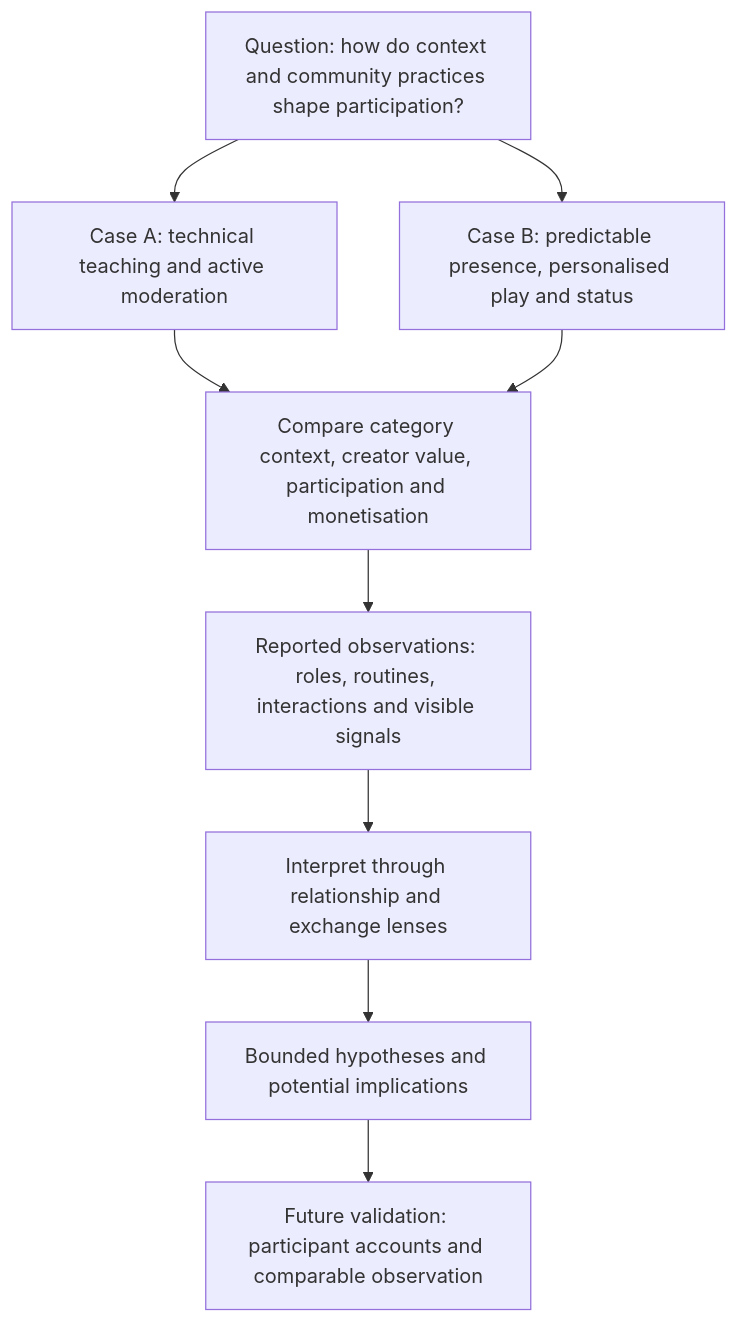
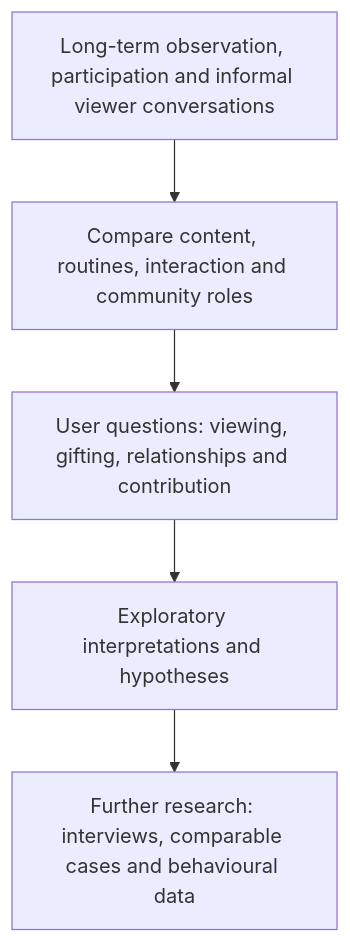
Before and after one commit to 7776870613/gaming-livestream-community-research: the diagram in research/RESEARCH_PROCESS.md, drawn with Mermaid. The commit also changed other lines of this file, not shown here.

Commit message:
Align English portfolio with user-centred exploratory research

````diff
--- a/research/RESEARCH_PROCESS.md
+++ b/research/RESEARCH_PROCESS.md
@@ -56,12 +48,7 @@
 ```mermaid
 flowchart TD
-    Q["Question: how do context and community practices shape participation?"]
-    Q --> A["Case A: technical teaching and active moderation"]
-    Q --> B["Case B: predictable presence, personalised play and status"]
-    A --> C["Compare category context, creator value, participation and monetisation"]
-    B --> C
-    C --> O["Reported observations: roles, routines, interactions and visible signals"]
-    O --> I["Interpret through relationship and exchange lenses"]
-    I --> H["Bounded hypotheses and potential implications"]
-    H --> V["Future validation: participant accounts and comparable observation"]
+    A["Long-term observation, participation and informal viewer conversations"] --> B["Compare content, routines, interaction and community roles"]
+    B --> C["User questions: viewing, gifting, relationships and contribution"]
+    C --> D["Exploratory interpretations and hypotheses"]
+    D --> E["Further research: interviews, comparable cases and behavioural data"]
 ```
````
